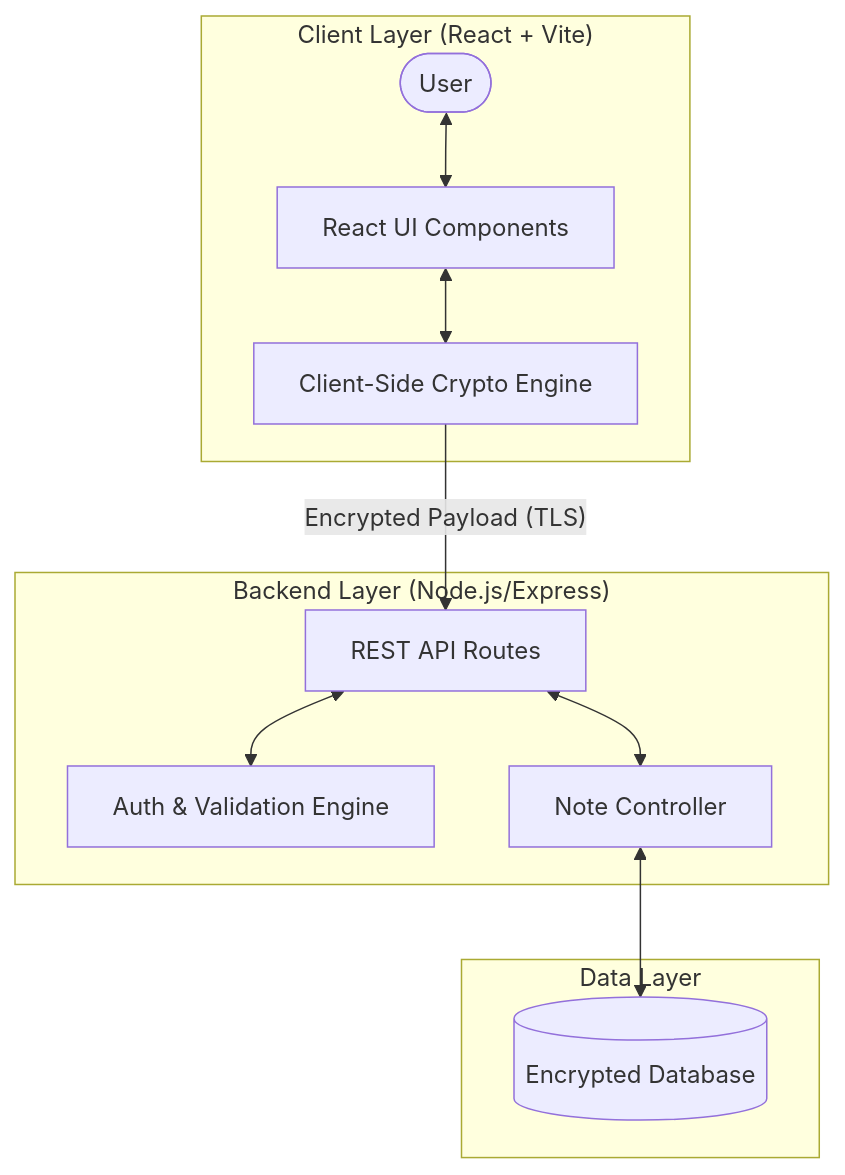
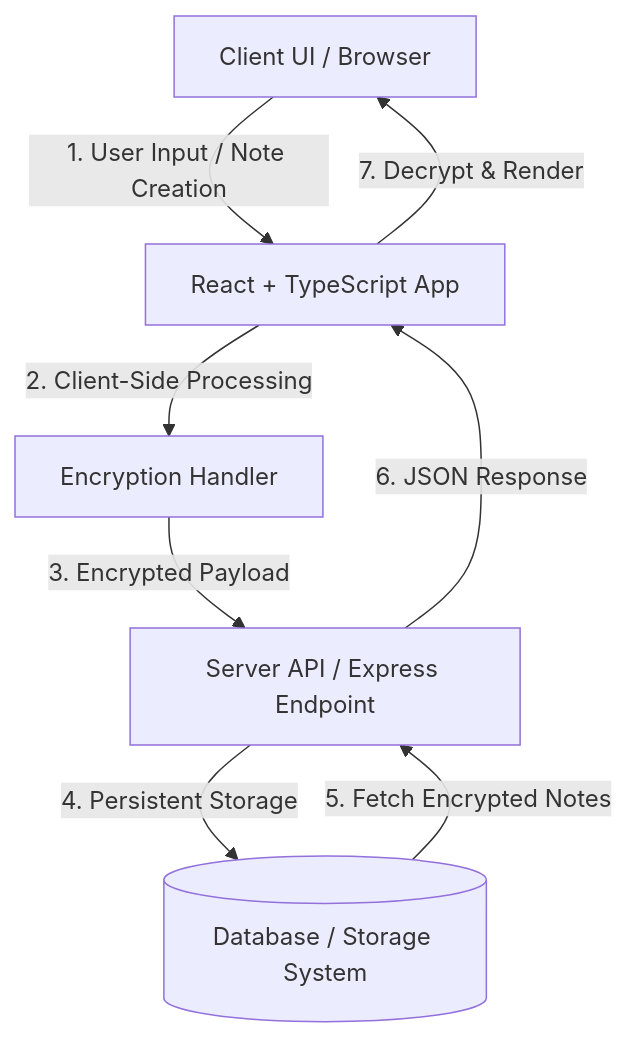
Before and after one commit to auysh8/notes-app: the diagram in README.md, drawn with Mermaid. The commit also changed other lines of this file, not shown here.

````diff
--- a/README.md
+++ b/README.md
@@ -69,17 +54,10 @@
 ```mermaid
-flowchart TD
-    subgraph Client ["Client Layer (React + Vite)"]
-        User([User]) <--> UI[React UI Components]
-        UI <--> Crypto[Client-Side Crypto Engine]
-    end
-
-    subgraph Server ["Backend Layer (Node.js/Express)"]
-        Crypto -- "Encrypted Payload (TLS)" --> API[REST API Routes]
-        API <--> Auth[Auth & Validation Engine]
-        API <--> Controller[Note Controller]
-    end
-
-    subgraph Storage ["Data Layer"]
-        Controller <--> DB[(Encrypted Database)]
-    end
+graph TD
+    A[Client UI / Browser] -->|1. User Input / Note Creation| B[React + TypeScript App]
+    B -->|2. Client-Side Processing| C[Encryption Handler]
+    C -->|3. Encrypted Payload| D[Server API / Express Endpoint]
+    D -->|4. Persistent Storage| E[(Database / Storage System)]
+    E -->|5. Fetch Encrypted Notes| D
+    D -->|6. JSON Response| B
+    B -->|7. Decrypt & Render| A
 ```
````
